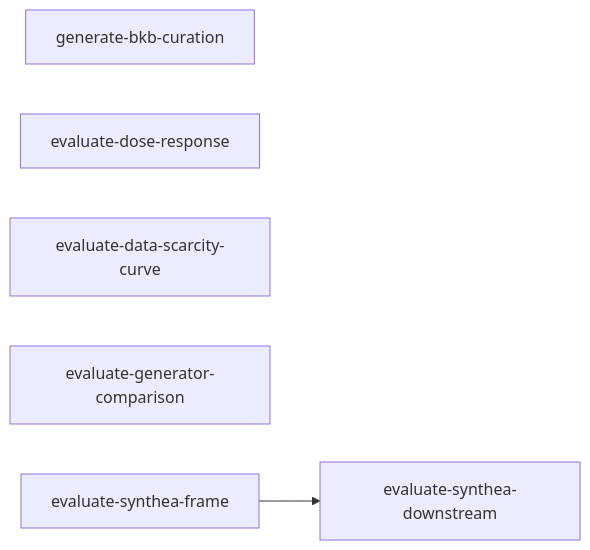
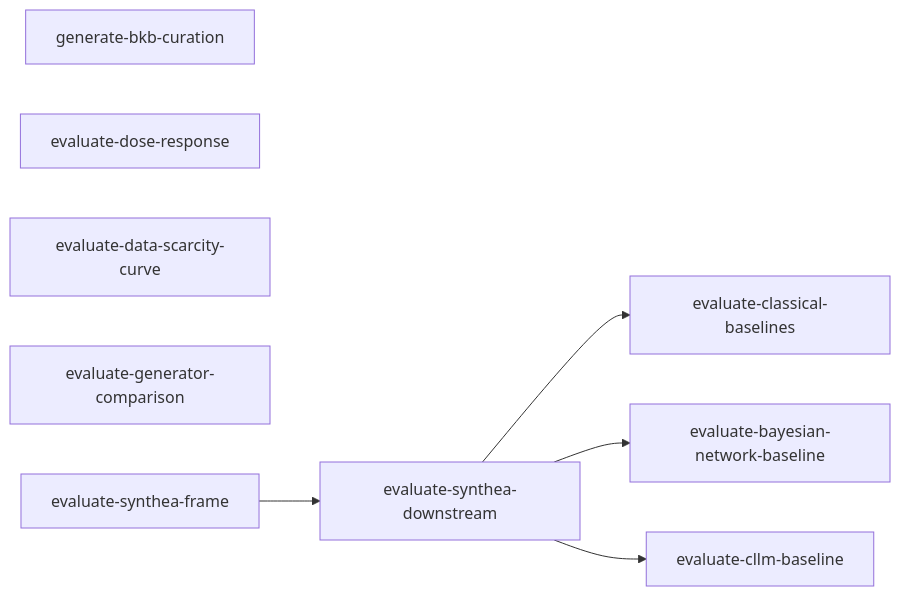
One commit to joe-dartmouth/synthetic changed the diagram in tasks/experiments-index.md. Above: the diagram before and after it, drawn with Mermaid. The commit also changed other lines of this file and 6 other files, not shown here.

````diff
--- a/tasks/experiments-index.md
+++ b/tasks/experiments-index.md
@@ -30,8 +38,11 @@
 ```mermaid
 flowchart LR
     bkb_curation[generate-bkb-curation]
     dose_response[evaluate-dose-response]
     scarcity_curve[evaluate-data-scarcity-curve]
     generator_comparison[evaluate-generator-comparison]
     synthea_frame[evaluate-synthea-frame] --> synthea_downstream[evaluate-synthea-downstream]
+    synthea_downstream --> classical_baselines[evaluate-classical-baselines]
+    synthea_downstream --> bn_baseline[evaluate-bayesian-network-baseline]
+    synthea_downstream --> cllm_baseline[evaluate-cllm-baseline]
 ```
````
